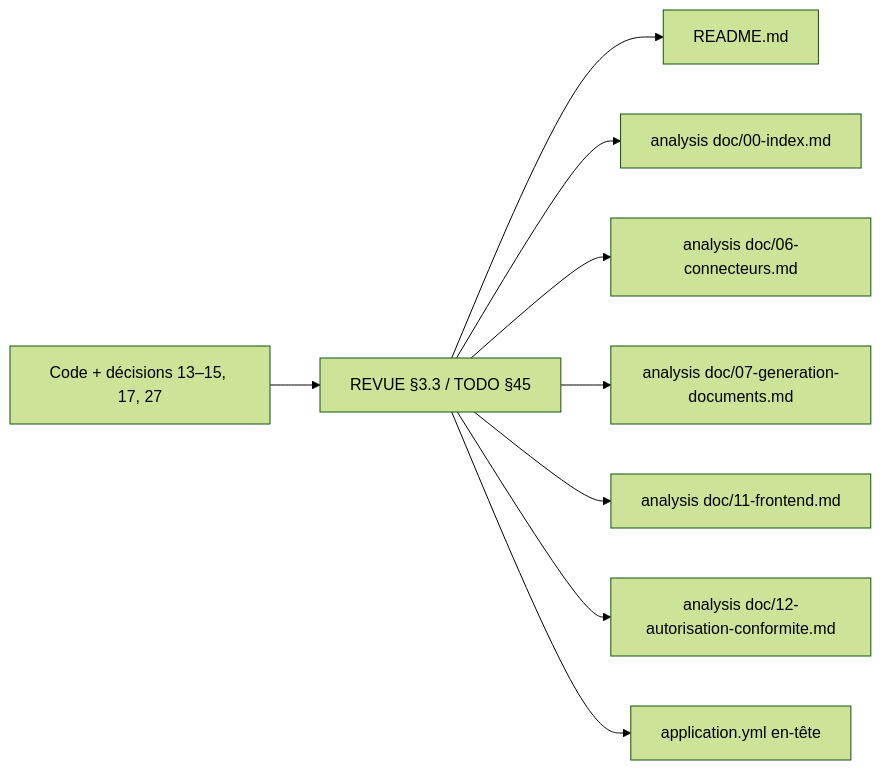
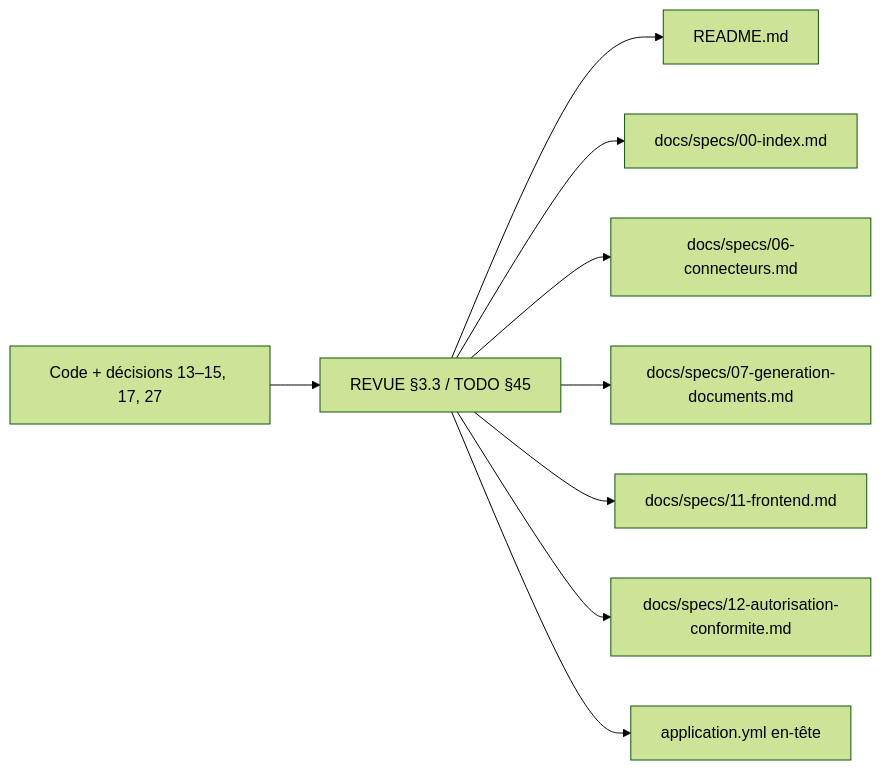
Before and after one commit to superjojo79/Myrmacta: the diagram in docs/ai/design/2026-08-25-feature-derive-documentaire.md, drawn with Mermaid (forest theme). The commit also changed other lines of this file and 180 other files, not shown here.

````diff
--- a/docs/ai/design/2026-08-25-feature-derive-documentaire.md
+++ b/docs/ai/design/2026-08-25-feature-derive-documentaire.md
@@ -20,11 +20,11 @@
 ```mermaid
 flowchart LR
   code["Code + décisions 13–15, 17, 27"] --> revue["REVUE §3.3 / TODO §45"]
   revue --> readme["README.md"]
-  revue --> a00["analysis doc/00-index.md"]
-  revue --> a06["analysis doc/06-connecteurs.md"]
-  revue --> a07["analysis doc/07-generation-documents.md"]
-  revue --> a11["analysis doc/11-frontend.md"]
-  revue --> a12["analysis doc/12-autorisation-conformite.md"]
+  revue --> a00["docs/specs/00-index.md"]
+  revue --> a06["docs/specs/06-connecteurs.md"]
+  revue --> a07["docs/specs/07-generation-documents.md"]
+  revue --> a11["docs/specs/11-frontend.md"]
+  revue --> a12["docs/specs/12-autorisation-conformite.md"]
   revue --> yml["application.yml en-tête"]
 ```
````
